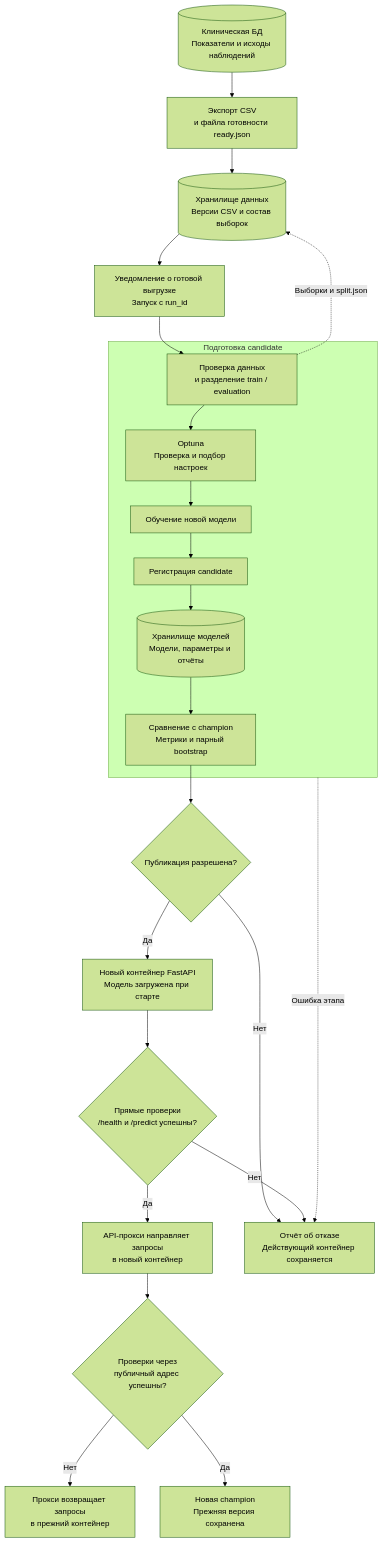
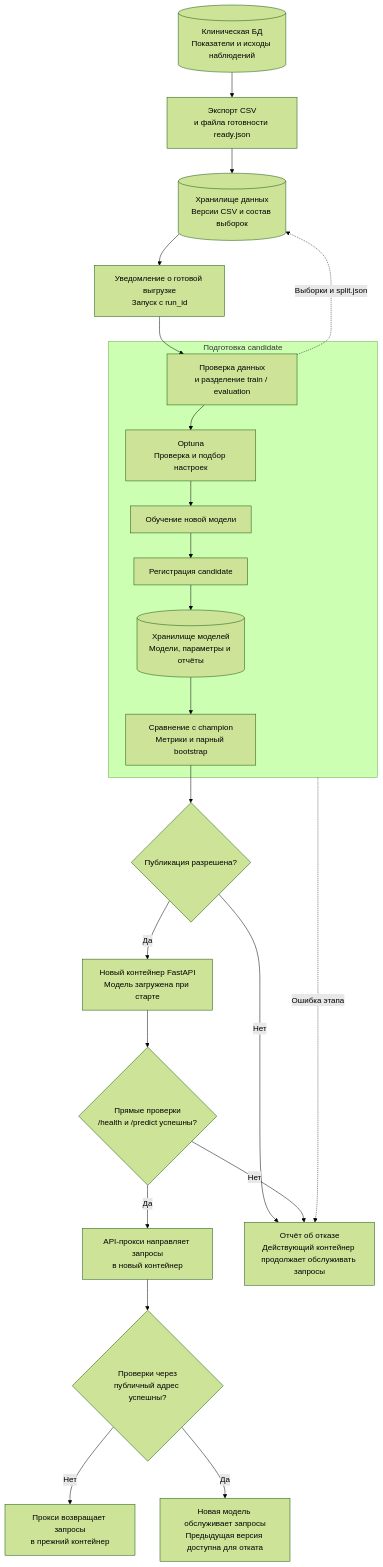
Before and after one commit to horacemtb/cirrhosis-outcome-service: the diagram in Model_Retraining.md, drawn with Mermaid (forest theme).

Commit message:
Minor changes to the retrain diagram

````diff
--- a/Model_Retraining.md
+++ b/Model_Retraining.md
@@ -13,35 +13,35 @@
 ```mermaid
 flowchart TD
     DB[("Клиническая БД<br/>Показатели и исходы наблюдений")]
     X["Экспорт CSV<br/>и файла готовности ready.json"]
     DS[("Хранилище данных<br/>Версии CSV и состав выборок")]
     A["Уведомление о готовой выгрузке<br/>Запуск с run_id"]
     subgraph BUILD["Подготовка candidate"]
         B["Проверка данных<br/>и разделение train / evaluation"]
         D["Optuna<br/>Проверка и подбор настроек"]
         E["Обучение новой модели"]
         F["Регистрация candidate"]
         MS[("Хранилище моделей<br/>Модели, параметры и отчёты")]
         G["Сравнение с champion<br/>Метрики и парный bootstrap"]
         B --> D --> E --> F --> MS --> G
     end
     H{"Публикация разрешена?"}
     I["Новый контейнер FastAPI<br/>Модель загружена при старте"]
     J{"Прямые проверки<br/>/health и /predict успешны?"}
     K["API-прокси направляет запросы<br/>в новый контейнер"]
     L{"Проверки через<br/>публичный адрес успешны?"}
-    M["Новая champion<br/>Прежняя версия сохранена"]
-    R["Отчёт об отказе<br/>Действующий контейнер сохраняется"]
+    M["Новая модель обслуживает запросы<br/>Предыдущая версия доступна для отката"]
+    R["Отчёт об отказе<br/>Действующий контейнер продолжает обслуживать запросы"]
     T["Прокси возвращает запросы<br/>в прежний контейнер"]
 
     DB --> X --> DS --> A --> B
     B -.->|"Выборки и split.json"| DS
     BUILD -. Ошибка этапа .-> R
     G --> H
     H -- Нет --> R
     H -- Да --> I --> J
     J -- Нет --> R
     J -- Да --> K --> L
     L -- Нет --> T
     L -- Да --> M
 ```
````
